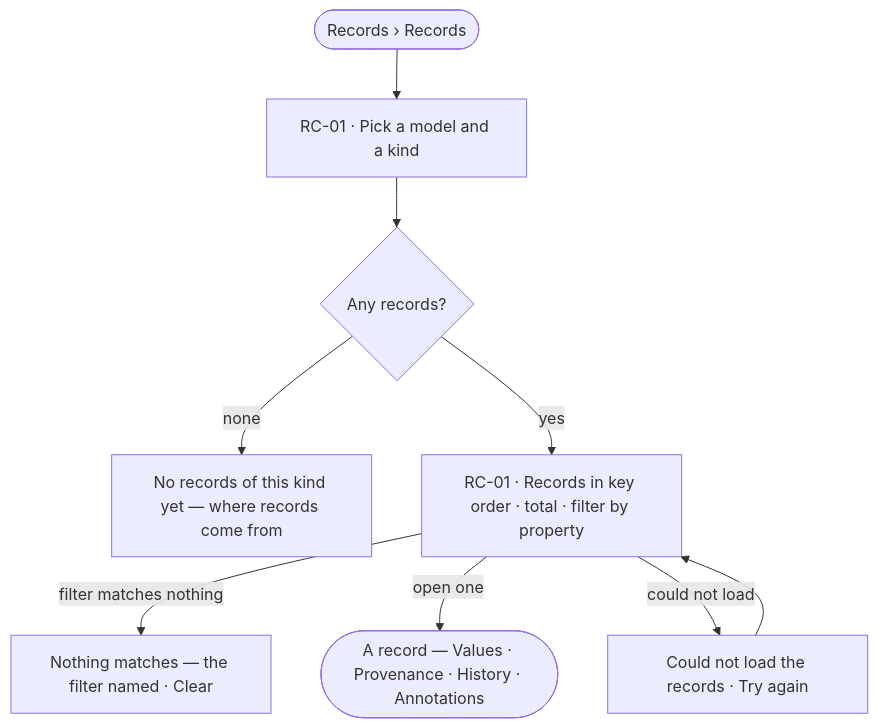
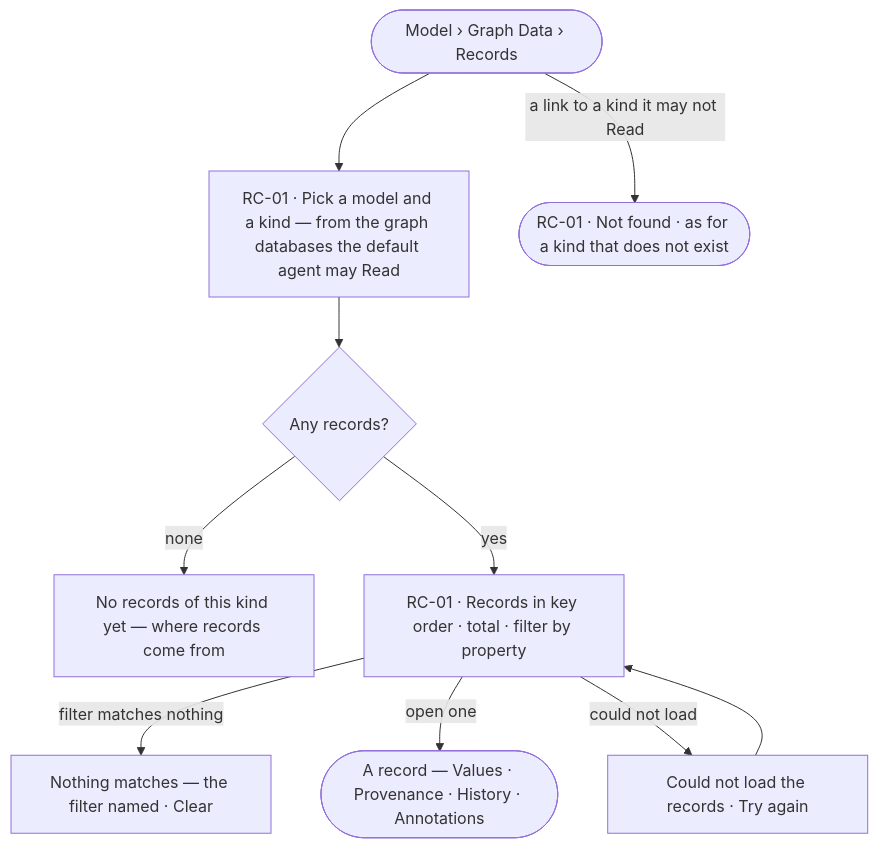
The diagram in specs/capabilities/records/features/RC-F01-records-by-kind/feature.md (invana/invana), drawn with Mermaid before and after one commit. The commit also changed other lines of this file and 456 other files, not shown here.

````diff
--- a/specs/capabilities/records/features/RC-F01-records-by-kind/feature.md
+++ b/specs/capabilities/records/features/RC-F01-records-by-kind/feature.md
@@ -21,10 +21,11 @@
 ```mermaid
 flowchart TD
-  start([Records › Records]) --> k["RC-01 · Pick a model and a kind"]
+  start([Model › Graph Data › Records]) --> k["RC-01 · Pick a model and a kind — from the graph databases the default agent may Read"]
+  start -->|a link to a kind it may not Read| wh(["RC-01 · Not found · as for a kind that does not exist"])
   k --> any{Any records?}
   any -->|none| e0["No records of this kind yet — where records come from"]
   any -->|yes| list["RC-01 · Records in key order · total · filter by property"]
   list -->|filter matches nothing| ef["Nothing matches — the filter named · Clear"]
   list -->|open one| rec(["A record — Values · Provenance · History · Annotations"])
   list -->|could not load| f["Could not load the records · Try again"] --> list
 ```
````
